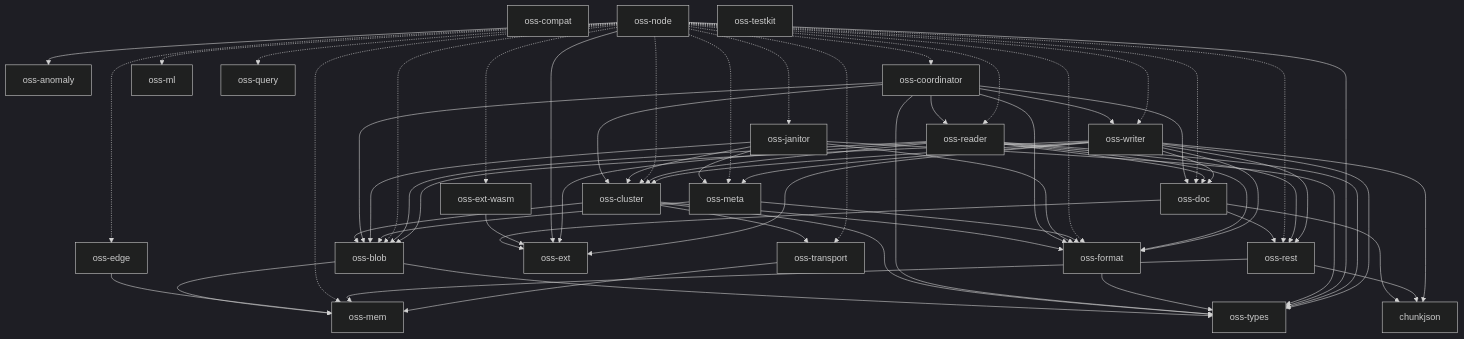
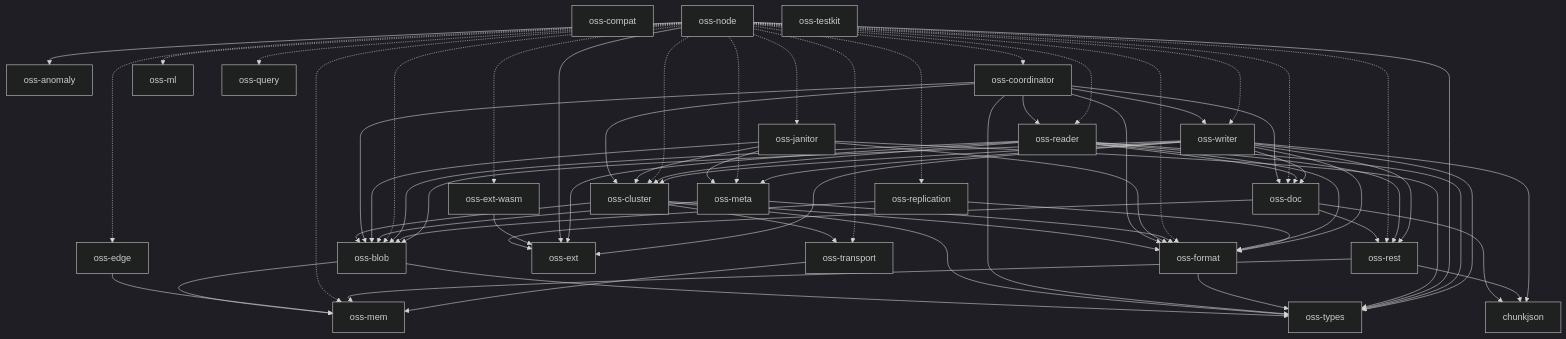
Before and after one commit to huyz0/opensearch-serverless: the diagram in docs/architecture.md, drawn with Mermaid (dark theme). The commit also changed 32 other files, not shown here.

````diff
--- a/docs/architecture.md
+++ b/docs/architecture.md
@@ -10,76 +10,79 @@
 ```mermaid
 graph TD
     chunkjson
     oss-anomaly
     oss-blob --> oss-mem
     oss-blob --> oss-types
     oss-cluster --> oss-blob
     oss-cluster --> oss-format
     oss-cluster --> oss-transport
     oss-cluster --> oss-types
     oss-compat
     oss-coordinator --> oss-blob
     oss-coordinator --> oss-cluster
     oss-coordinator --> oss-doc
     oss-coordinator --> oss-format
     oss-coordinator --> oss-reader
     oss-coordinator --> oss-types
     oss-coordinator --> oss-writer
     oss-doc --> chunkjson
     oss-doc --> oss-ext
     oss-doc --> oss-rest
     oss-edge --> oss-mem
     oss-ext
     oss-ext-wasm --> oss-ext
     oss-format --> oss-types
     oss-janitor --> oss-blob
     oss-janitor --> oss-cluster
     oss-janitor --> oss-format
     oss-janitor --> oss-meta
     oss-janitor --> oss-types
     oss-mem
     oss-meta --> oss-blob
     oss-meta --> oss-format
     oss-ml
     oss-node --> oss-anomaly
     oss-node -.-> oss-blob
     oss-node -.-> oss-cluster
     oss-node -.-> oss-coordinator
     oss-node -.-> oss-doc
     oss-node -.-> oss-edge
     oss-node --> oss-ext
     oss-node -.-> oss-ext-wasm
     oss-node -.-> oss-format
     oss-node -.-> oss-janitor
     oss-node -.-> oss-mem
     oss-node -.-> oss-meta
     oss-node -.-> oss-ml
     oss-node -.-> oss-query
     oss-node -.-> oss-reader
+    oss-node -.-> oss-replication
     oss-node -.-> oss-rest
     oss-node -.-> oss-transport
     oss-node --> oss-types
     oss-node -.-> oss-writer
     oss-query
     oss-reader --> oss-blob
     oss-reader --> oss-cluster
     oss-reader --> oss-doc
     oss-reader --> oss-ext
     oss-reader --> oss-format
     oss-reader --> oss-rest
     oss-reader --> oss-types
+    oss-replication --> oss-blob
+    oss-replication --> oss-format
     oss-rest --> chunkjson
     oss-rest --> oss-mem
     oss-testkit
     oss-transport --> oss-mem
     oss-types
     oss-writer --> chunkjson
     oss-writer --> oss-blob
     oss-writer --> oss-cluster
     oss-writer --> oss-doc
     oss-writer --> oss-ext
     oss-writer --> oss-format
     oss-writer --> oss-meta
     oss-writer --> oss-rest
     oss-writer --> oss-types
 ```
````
